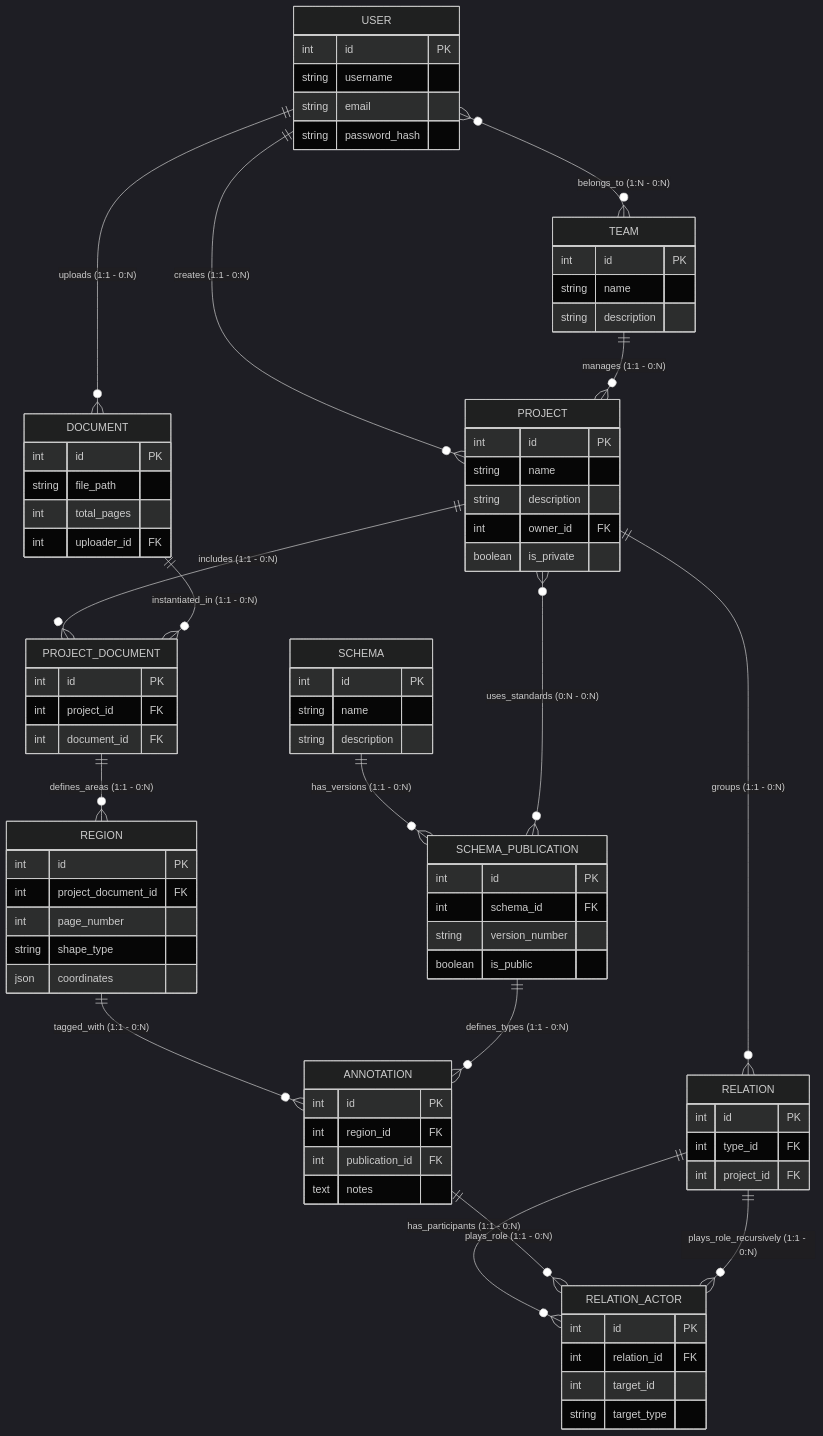
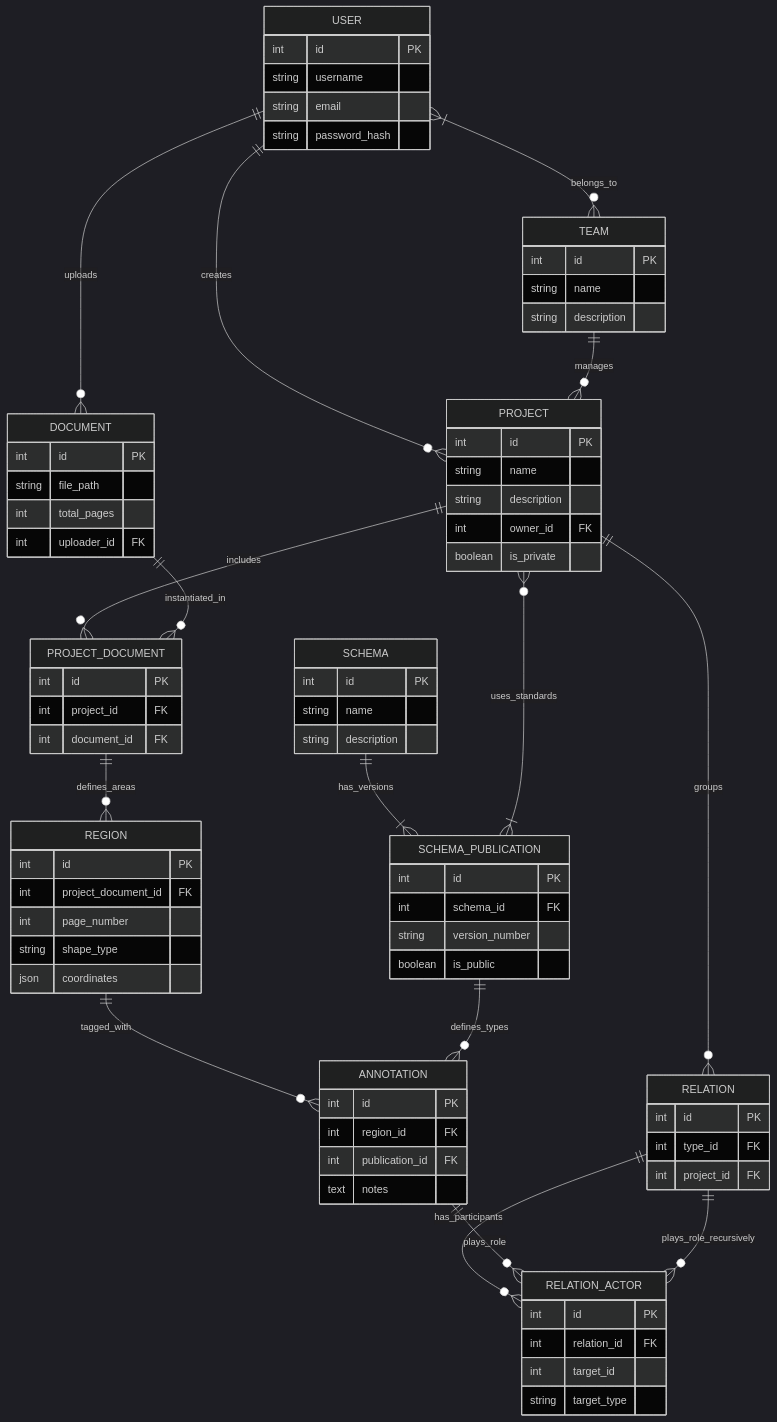
The diagram in ER_Diagram.md (nachoarvilla/TFG_MAST_Backend), drawn with Mermaid (dark theme) before and after one commit. The commit also changed 6 other files, not shown here.

````diff
--- a/ER_Diagram.md
+++ b/ER_Diagram.md
@@ -1,25 +1,25 @@
 ```mermaid
 erDiagram
-    USER }o--o{ TEAM : "belongs_to (1:N - 0:N)"
-    USER ||--o{ PROJECT : "creates (1:1 - 0:N)"
-    TEAM ||--o{ PROJECT : "manages (1:1 - 0:N)"
-    USER ||--o{ DOCUMENT : "uploads (1:1 - 0:N)"
+    USER }|--o{ TEAM : "belongs_to"
+    USER ||--o{ PROJECT : "creates"
+    TEAM ||--o{ PROJECT : "manages"
+    USER ||--o{ DOCUMENT : "uploads"
 
-    PROJECT ||--o{ PROJECT_DOCUMENT : "includes (1:1 - 0:N)"
-    DOCUMENT ||--o{ PROJECT_DOCUMENT : "instantiated_in (1:1 - 0:N)"
+    PROJECT ||--o{ PROJECT_DOCUMENT : "includes"
+    DOCUMENT ||--o{ PROJECT_DOCUMENT : "instantiated_in"
     
-    SCHEMA ||--o{ SCHEMA_PUBLICATION : "has_versions (1:1 - 0:N)"
-    PROJECT }o--o{ SCHEMA_PUBLICATION : "uses_standards (0:N - 0:N)"
+    SCHEMA ||--|{ SCHEMA_PUBLICATION : "has_versions"
+    PROJECT }o--|{ SCHEMA_PUBLICATION : "uses_standards"
     
-    PROJECT_DOCUMENT ||--o{ REGION : "defines_areas (1:1 - 0:N)"
+    PROJECT_DOCUMENT ||--o{ REGION : "defines_areas"
     
-    REGION ||--o{ ANNOTATION : "tagged_with (1:1 - 0:N)"
-    SCHEMA_PUBLICATION ||--o{ ANNOTATION : "defines_types (1:1 - 0:N)"
+    REGION ||--o{ ANNOTATION : "tagged_with"
+    SCHEMA_PUBLICATION ||--o{ ANNOTATION : "defines_types"
     
-    PROJECT ||--o{ RELATION : "groups (1:1 - 0:N)"
-    RELATION ||--o{ RELATION_ACTOR : "has_participants (1:1 - 0:N)"
-    ANNOTATION ||--o{ RELATION_ACTOR : "plays_role (1:1 - 0:N)"
-    RELATION ||--o{ RELATION_ACTOR : "plays_role_recursively (1:1 - 0:N)"
+    PROJECT ||--o{ RELATION : "groups"
+    RELATION ||--o{ RELATION_ACTOR : "has_participants"
+    ANNOTATION ||--o{ RELATION_ACTOR : "plays_role"
+    RELATION ||--o{ RELATION_ACTOR : "plays_role_recursively"
 
     USER {
         int id PK
````
